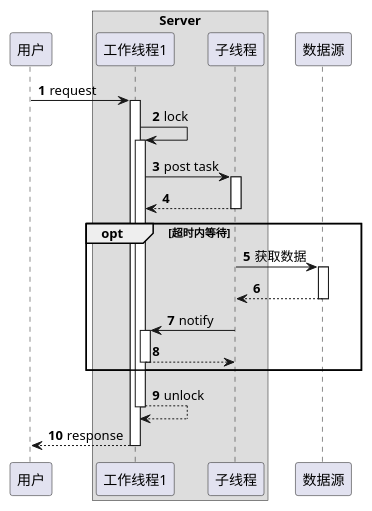
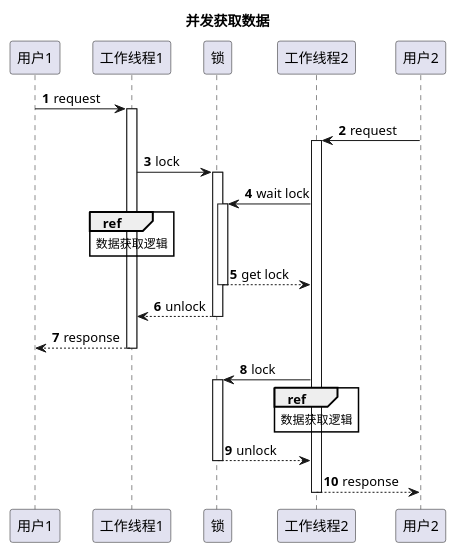
One commit to Soybeany/bd-cachev2 changed the first of 2 diagrams in src/main/resources/uml/用户请求工作时序图.puml. Above: the diagram before and after it, drawn with PlantUML. The commit also changed other lines of this file, not shown here.

Commit message:
优化“用户请求工作时序图”

```diff
--- a/src/main/resources/uml/用户请求工作时序图.puml
+++ b/src/main/resources/uml/用户请求工作时序图.puml
@@ -1,31 +1,33 @@
 @startuml
 'https://plantuml.com/sequence-diagram
 
+title 并发获取数据
+
+participant 用户1
+participant 工作线程1
+participant 锁
+participant 工作线程2
+participant 用户2
+
 autonumber
 
-participant 用户
-box Server
-    participant 工作线程1
-    participant 子线程
-end box
-participant 数据源
+用户1 -> 工作线程1 ++: request
+用户2 -> 工作线程2 ++: request
 
-用户 -> 工作线程1 ++: request
+工作线程1 -> 锁 ++: lock
+工作线程2 -> 锁 ++: wait lock
 
-工作线程1 -> 工作线程1 ++: lock
+ref over 工作线程1 : 数据获取逻辑
 
-工作线程1 -> 子线程 ++: post task
-return
+return get lock
+return unlock
 
-opt 超时内等待
-    子线程 -> 数据源 ++: 获取数据
-    return
+工作线程1 --> 用户1 --: response
+工作线程2 -> 锁 ++: lock
 
-    子线程 -> 工作线程1 ++: notify
-    return
-end
+ref over 工作线程2 : 数据获取逻辑
 
 return unlock
 
-return response
+工作线程2 --> 用户2 --: response
 @enduml
```
